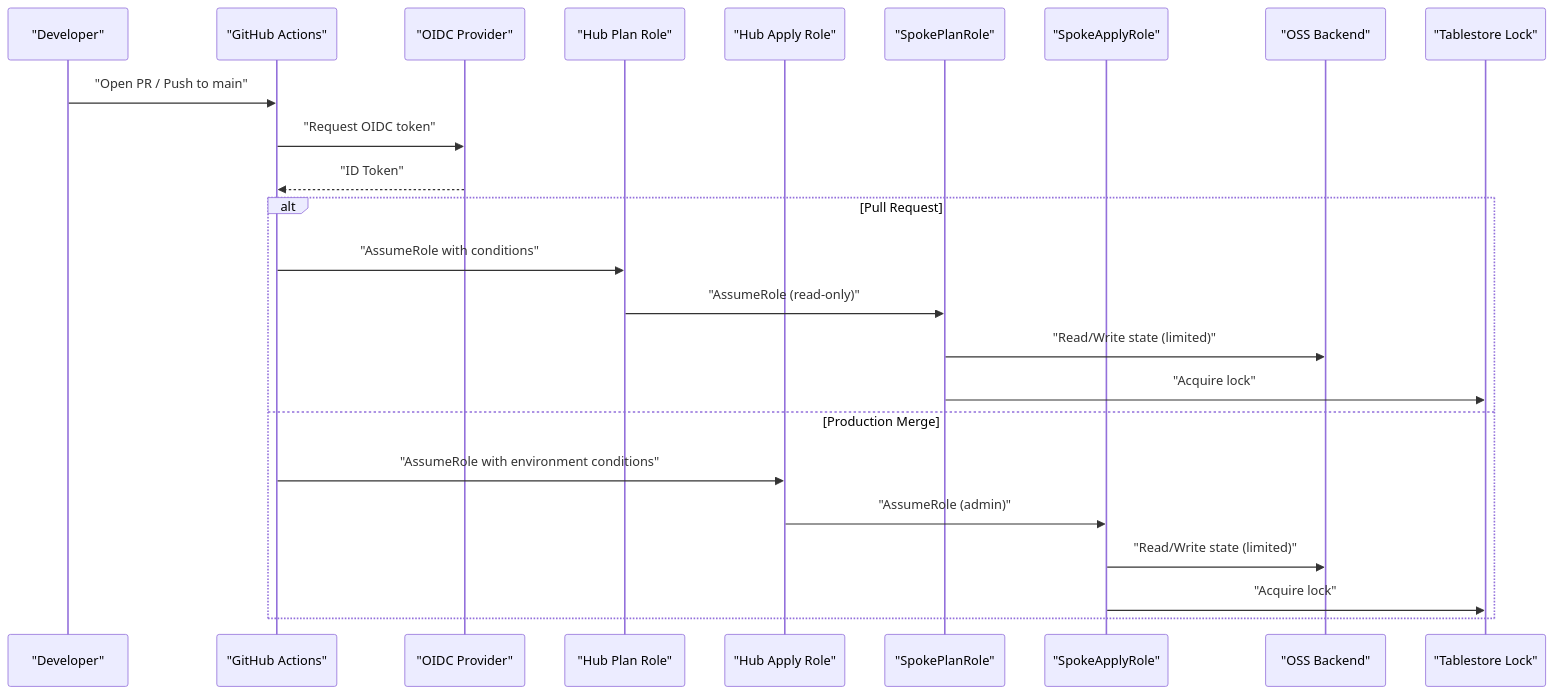
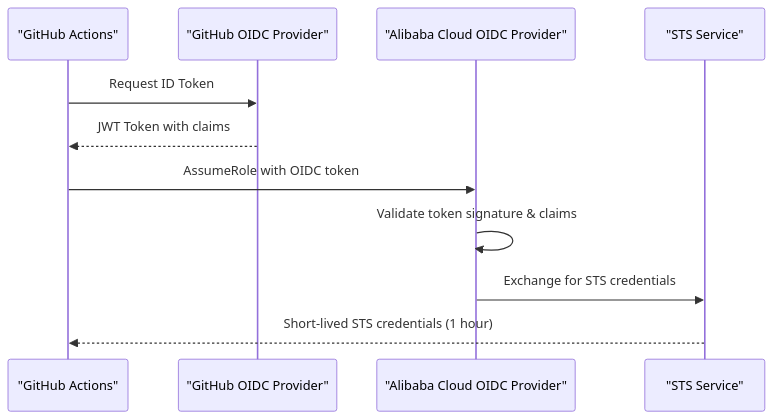
One commit to AlibabaCloudLandingZone/alibabacloud-landingzone-accelerator-github-demo changed the second of 7 diagrams in .qoder/repowiki/en/content/Security Model/Security Model.md. Above: the diagram before and after it, drawn with Mermaid. The commit also changed other lines of this file and 104 other files, not shown here.

````diff
--- a/.qoder/repowiki/en/content/Security Model/Security Model.md
+++ b/.qoder/repowiki/en/content/Security Model/Security Model.md
@@ -89,26 +94,13 @@
 ```mermaid
 sequenceDiagram
-participant Dev as "Developer"
 participant GHA as "GitHub Actions"
-participant OIDC as "OIDC Provider"
-participant HubPlan as "Hub Plan Role"
-participant HubApply as "Hub Apply Role"
-participant SpokePlan as "SpokePlanRole"
-participant SpokeApply as "SpokeApplyRole"
-participant OSS as "OSS Backend"
-participant OTS as "Tablestore Lock"
-Dev->>GHA : "Open PR / Push to main"
-GHA->>OIDC : "Request OIDC token"
-OIDC-->>GHA : "ID Token"
-alt Pull Request
-GHA->>HubPlan : "AssumeRole with conditions"
-HubPlan->>SpokePlan : "AssumeRole (read-only)"
-SpokePlan->>OSS : "Read/Write state (limited)"
-SpokePlan->>OTS : "Acquire lock"
-else Production Merge
-GHA->>HubApply : "AssumeRole with environment conditions"
-HubApply->>SpokeApply : "AssumeRole (admin)"
-SpokeApply->>OSS : "Read/Write state (limited)"
-SpokeApply->>OTS : "Acquire lock"
-end
+participant GH_OIDC as "GitHub OIDC Provider"
+participant ALI_OIDC as "Alibaba Cloud OIDC Provider"
+participant STS as "STS Service"
+GHA->>GH_OIDC : Request ID Token
+GH_OIDC-->>GHA : JWT Token with claims
+GHA->>ALI_OIDC : AssumeRole with OIDC token
+ALI_OIDC->>ALI_OIDC : Validate token signature & claims
+ALI_OIDC->>STS : Exchange for STS credentials
+STS-->>GHA : Short-lived STS credentials (1 hour)
 ```
````
